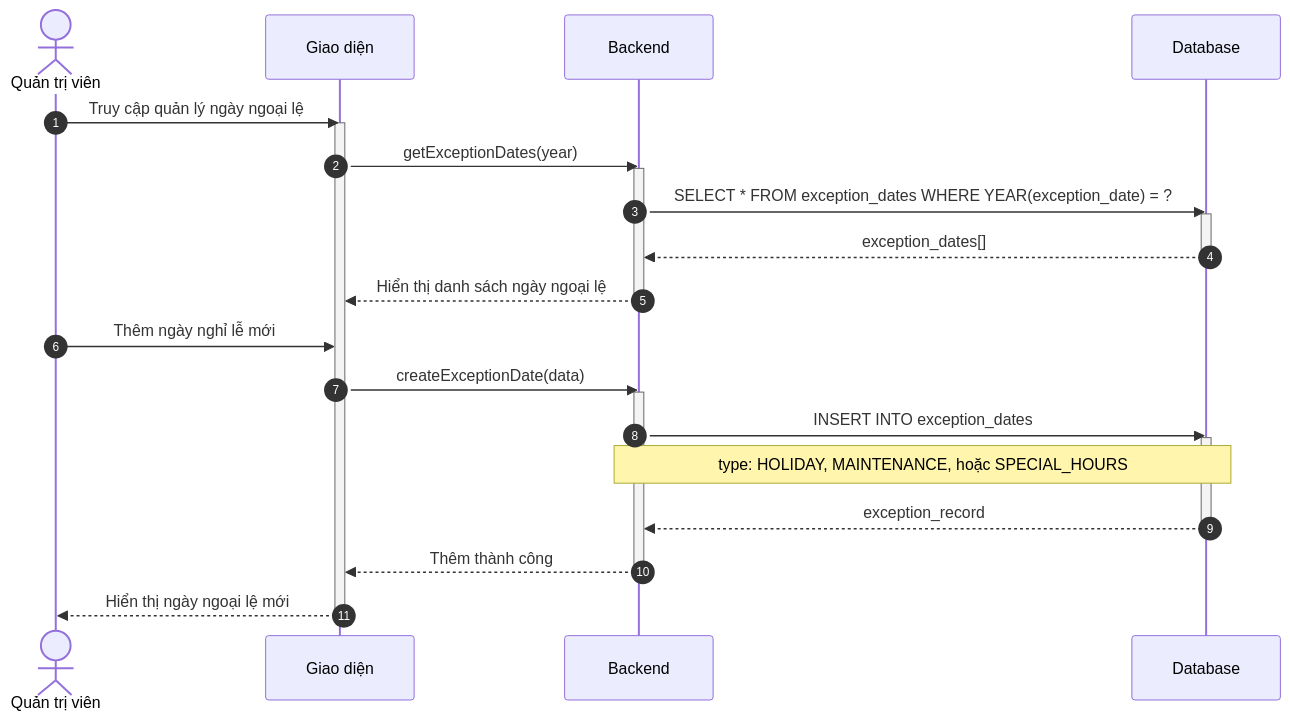
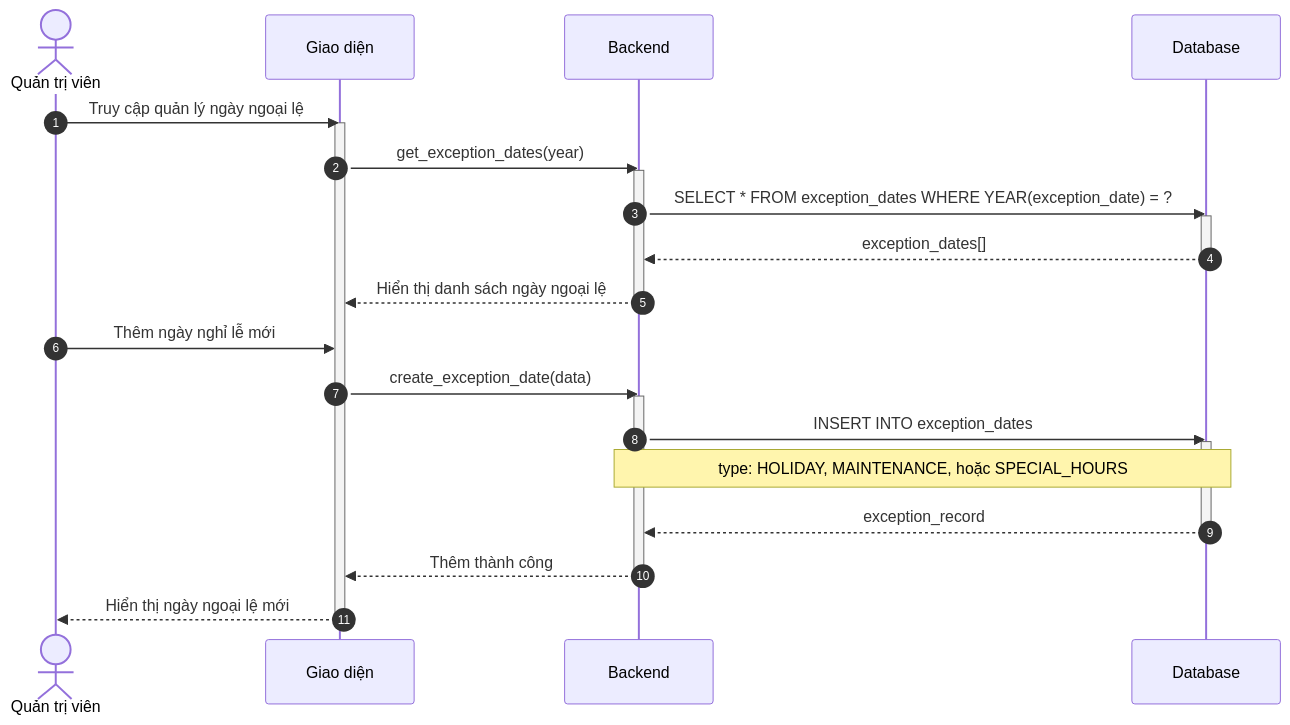
The fifth of 11 diagrams in docs/design/sequences/admin_flows.md (ngoctinn/Synapse), drawn with Mermaid before and after one commit. The commit also changed other lines of this file and 7 other files, not shown here.

Commit message:
docs: Add initial design documentation for system flows, use cases, and data specification.

````diff
--- a/docs/design/sequences/admin_flows.md
+++ b/docs/design/sequences/admin_flows.md
@@ -230,37 +214,37 @@
 ```mermaid
 sequenceDiagram
     autonumber
     actor QTV as Quản trị viên
     participant UI as Giao diện
     participant BE as Backend
     participant DB as Database
 
     QTV->>UI: Truy cập quản lý ngày ngoại lệ
     activate UI
-    UI->>BE: getExceptionDates(year)
+    UI->>BE: get_exception_dates(year)
     activate BE
 
     BE->>DB: SELECT * FROM exception_dates WHERE YEAR(exception_date) = ?
     activate DB
     DB-->>BE: exception_dates[]
     deactivate DB
 
     BE-->>UI: Hiển thị danh sách ngày ngoại lệ
     deactivate BE
 
     QTV->>UI: Thêm ngày nghỉ lễ mới
-    UI->>BE: createExceptionDate(data)
+    UI->>BE: create_exception_date(data)
     activate BE
 
     BE->>DB: INSERT INTO exception_dates
     activate DB
     Note over BE,DB: type: HOLIDAY, MAINTENANCE, hoặc SPECIAL_HOURS
     DB-->>BE: exception_record
     deactivate DB
 
     BE-->>UI: Thêm thành công
     deactivate BE
 
     UI-->>QTV: Hiển thị ngày ngoại lệ mới
     deactivate UI
 ```
````
